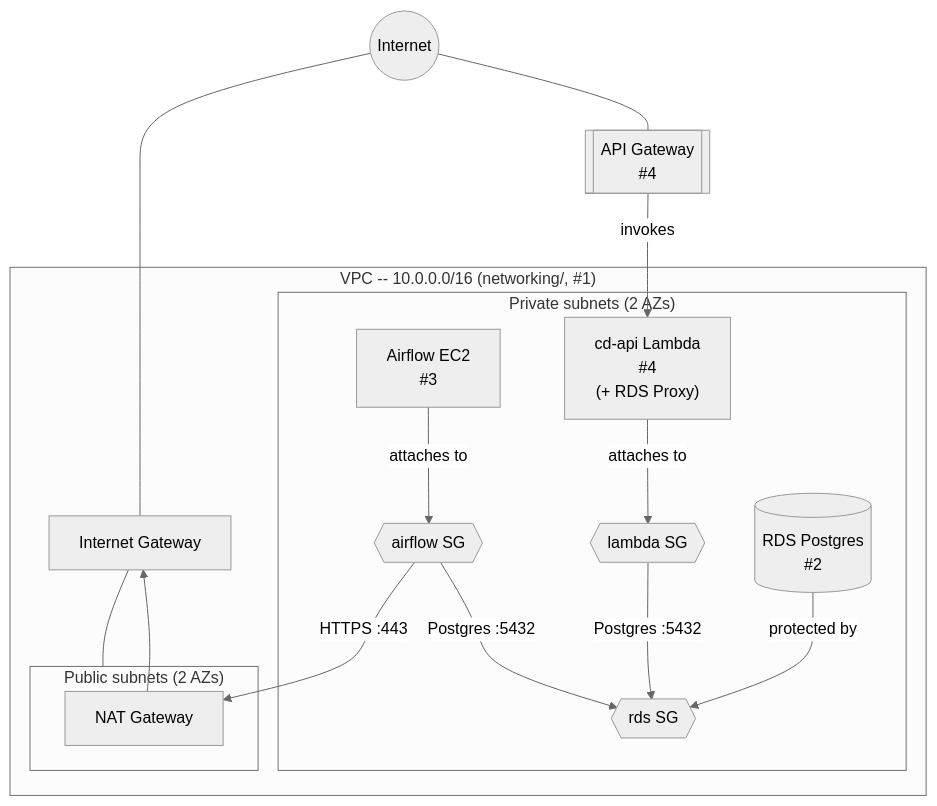
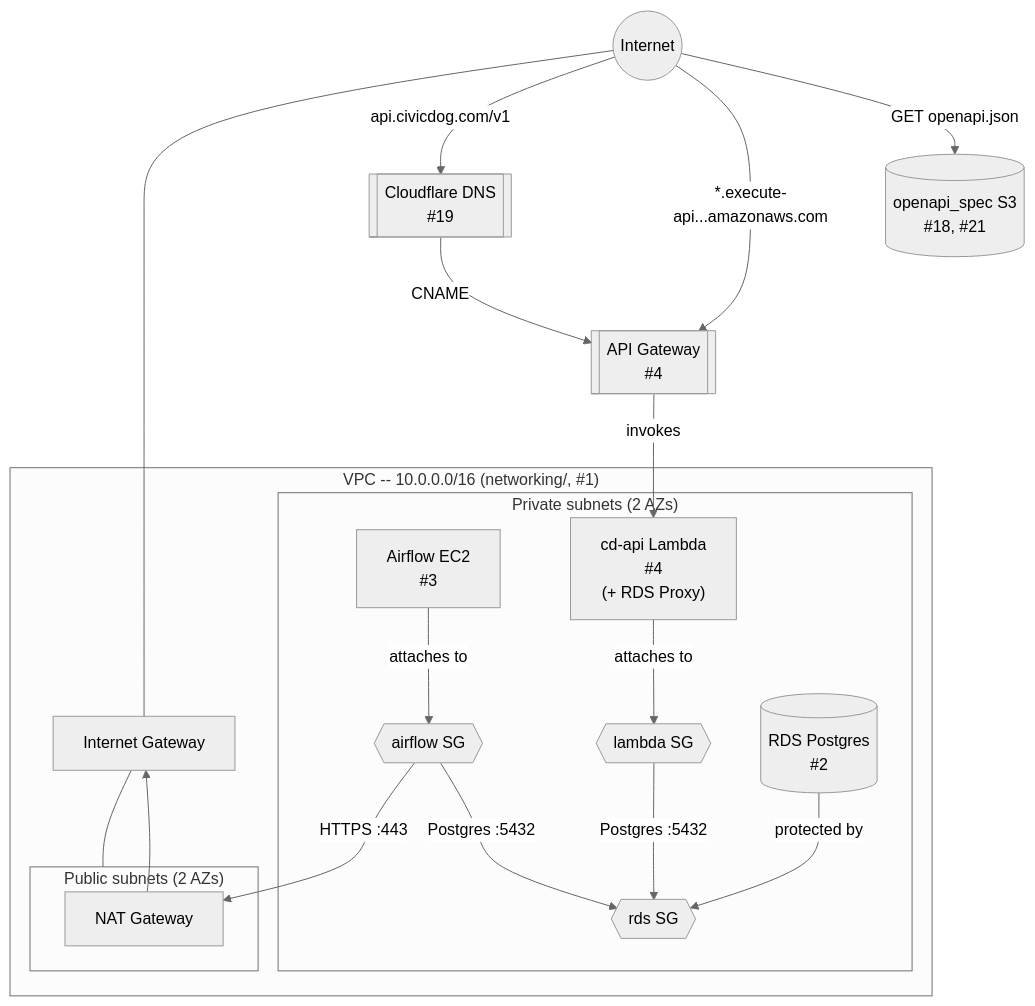
The diagram in README.md (rchacon/cd-infra), drawn with Mermaid (neutral theme) before and after one commit. The commit also changed other lines of this file, not shown here.

First line of the commit message:
Add the openapi_spec S3 bucket and api.civicdog.com custom domain to the architecture diagram

````diff
--- a/README.md
+++ b/README.md
@@ -8,36 +8,41 @@
 ```mermaid
 flowchart TB
     internet(("Internet"))
+    cf[["Cloudflare DNS<br/>#19"]]
     apigw[["API Gateway<br/>#4"]]
+    openapi[("openapi_spec S3<br/>#18, #21")]
 
     subgraph vpc["VPC -- 10.0.0.0/16 (networking/, #1)"]
         igw["Internet Gateway"]
 
         subgraph pub["Public subnets (2 AZs)"]
             nat["NAT Gateway"]
         end
 
         subgraph priv["Private subnets (2 AZs)"]
             rds_sg{{"rds SG"}}
             airflow_sg{{"airflow SG"}}
             lambda_sg{{"lambda SG"}}
             rds[("RDS Postgres<br/>#2")]
             airflow["Airflow EC2<br/>#3"]
             lambda["cd-api Lambda<br/>#4<br/>(+ RDS Proxy)"]
         end
     end
 
     internet --- igw
     igw --- pub
-    internet --- apigw
+    internet -- "api.civicdog.com/v1" --> cf
+    cf -- CNAME --> apigw
+    internet -- "*.execute-api...amazonaws.com" --> apigw
+    internet -- "GET openapi.json" --> openapi
     apigw -- invokes --> lambda
 
     rds -- protected by --> rds_sg
     airflow -- attaches to --> airflow_sg
     lambda -- attaches to --> lambda_sg
 
     airflow_sg -- "HTTPS :443" --> nat
     nat --> igw
     airflow_sg -- "Postgres :5432" --> rds_sg
     lambda_sg -- "Postgres :5432" --> rds_sg
 ```
````
